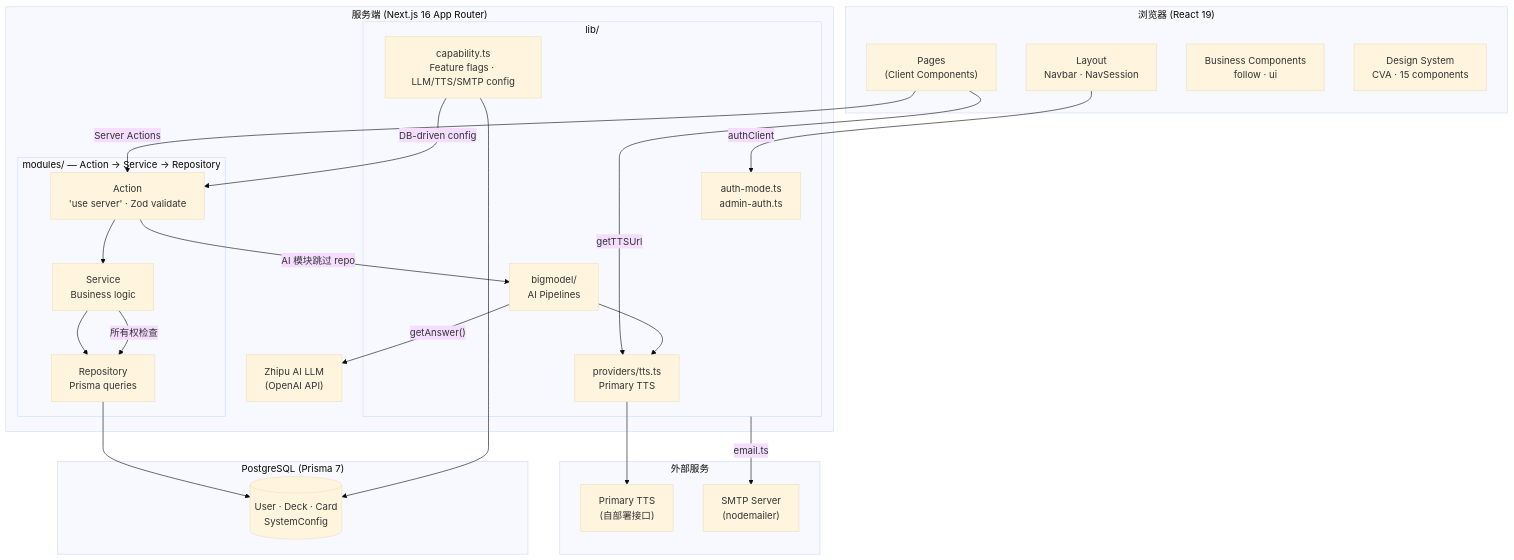
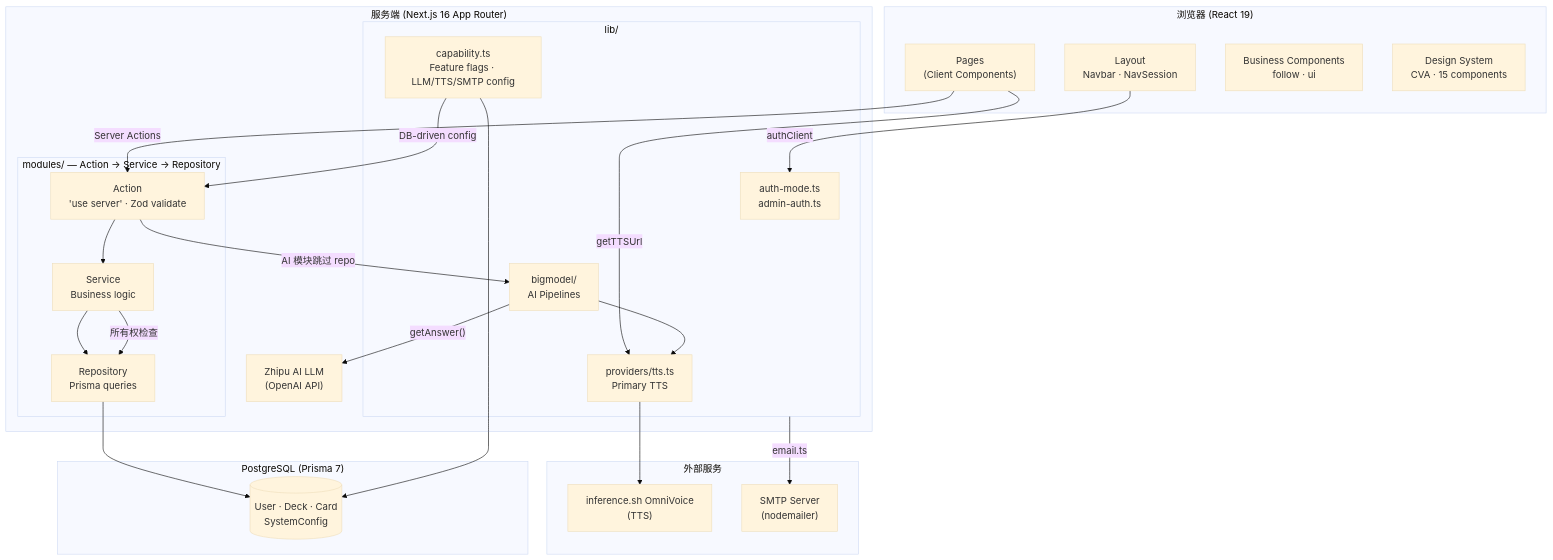
The diagram in README.zh-CN.md (GoddoNebianU/learn-languages), drawn with Mermaid (base theme) before and after one commit. The commit also changed other lines of this file and 11 other files, not shown here.

First line of the commit message:
refactor: migrate TTS provider to inference.sh OmniVoice platform

````diff
--- a/README.zh-CN.md
+++ b/README.zh-CN.md
@@ -48,48 +48,48 @@
 ```mermaid
 graph TB
     subgraph Browser["浏览器 (React 19)"]
         Pages["Pages<br/>(Client Components)"]
         Layout["Layout<br/>Navbar · NavSession"]
         BizComps["Business Components<br/>follow · ui"]
         DS["Design System<br/>CVA · 15 components"]
     end
 
     Pages -->|"Server Actions"| Action
     Layout -->|"authClient"| AuthMod
     Pages -->|"getTTSUrl"| TTS
 
     subgraph Server["服务端 (Next.js 16 App Router)"]
         subgraph Modules["modules/ — Action → Service → Repository"]
             Action["Action<br/>'use server' · Zod validate"] --> Service["Service<br/>Business logic"] --> Repository["Repository<br/>Prisma queries"]
         end
         Action -->|"AI 模块跳过 repo"| Pipelines
 
         subgraph Lib["lib/"]
             AuthMod["auth-mode.ts<br/>admin-auth.ts"]
             Cap["capability.ts<br/>Feature flags · LLM/TTS/SMTP config"]
             Pipelines["bigmodel/<br/>AI Pipelines"]
             TTS["providers/tts.ts<br/>Primary TTS"]
         end
 
         Service -->|"所有权检查"| Repository
         Pipelines -->|"getAnswer()"| LLM
         Pipelines --> TTS
         Cap -->|"DB-driven config"| Action
     end
 
     Repository --> DB
     Cap --> DB
 
     subgraph Storage["PostgreSQL (Prisma 7)"]
         DB[("User · Deck · Card<br/>SystemConfig")]
     end
 
     subgraph External["外部服务"]
         LLM["Zhipu AI LLM<br/>(OpenAI API)"]
-        Qwen["Primary TTS<br/>(自部署接口)"]
+        Qwen["inference.sh OmniVoice<br/>(TTS)"]
         SMTP["SMTP Server<br/>(nodemailer)"]
     end
 
     TTS --> Qwen
     Lib -->|"email.ts"| SMTP
 ```
````
